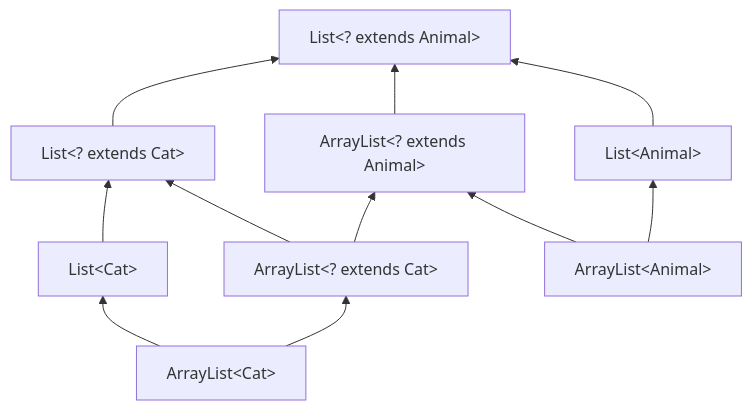
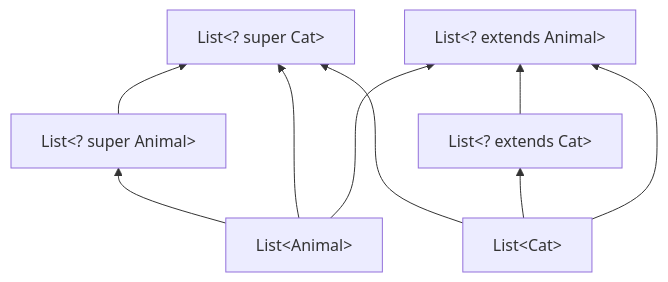
Before and after one commit to KULeuven-Diepenbeek/ses-course: the second of 3 diagrams in content/7-advjava/4-generics/oefeningen.md, drawn with Mermaid. The commit also changed other lines of this file and 7 other files, not shown here.

````diff
--- a/content/7-advjava/4-generics/oefeningen.md
+++ b/content/7-advjava/4-generics/oefeningen.md
@@ -171,13 +66,21 @@
 ```mermaid
 graph BT
-ALC["ArrayList#lt;Cat>"] --> LC["List#lt;Cat>"]
-ALC --> ALeC["ArrayList#lt;? extends Cat>"]
-LC --> LeC["List#lt;? extends Cat>"]
-ALeC --> LeC
-ALeC --> ALeA["ArrayList#lt;? extends Animal>"]
-ALA["ArrayList#lt;Animal>"] --> ALeA
-ALA --> LA["List#lt;Animal>"]
-LeC --> LeA["List#lt;? extends Animal>"]
-ALeA --> LeA
-LA --> LeA
+LA["List#lt;Animal>"]
+LSA["List#lt;? super Animal>"]
+LEA["List#lt;? extends Animal>"]
+
+LC["List#lt;Cat>"]
+LSC["List#lt;? super Cat>"]
+LEC["List#lt;? extends Cat>"]
+
+LA --> LSA
+LA --> LSC
+LA --> LEA
+
+LC --> LSC
+LC --> LEC
+LC --> LEA
+
+LSA --> LSC
+LEC --> LEA
 ```
````
